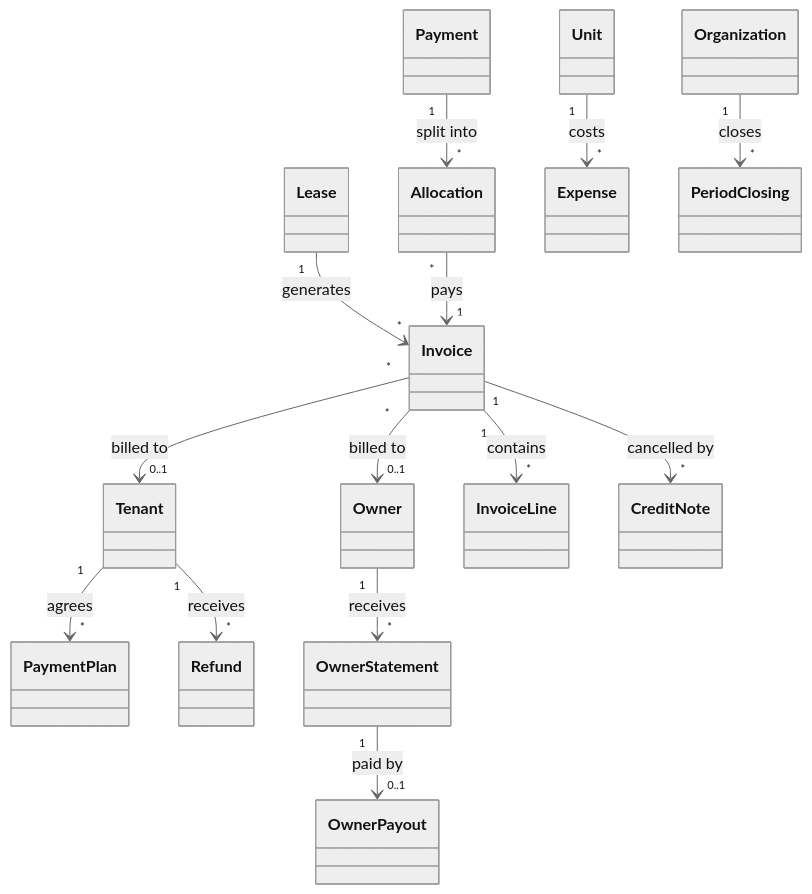
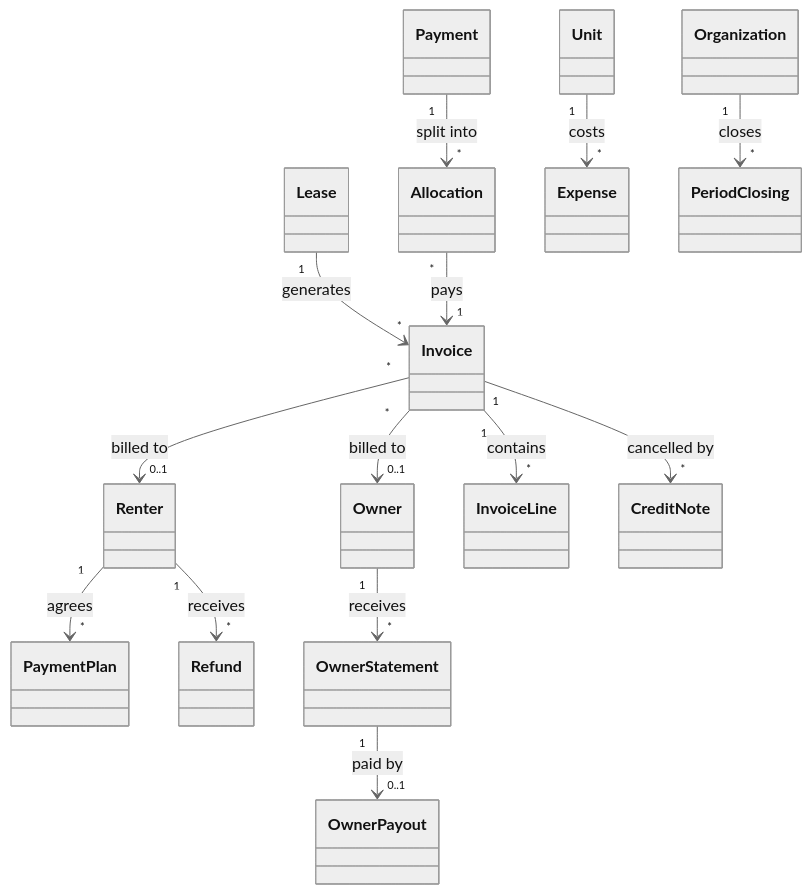
Diagram 16 of 22 in docs/phase-1/model/01-uml-diagrams.md (hamzAmbarki2/ERP), drawn with Mermaid (neutral theme) before and after one commit. The commit also changed other lines of this file and 7 other files, not shown here.

First line of the commit message:
Rename Tenant (the person who rents) to Renter; tenant means organization

````diff
--- a/docs/phase-1/model/01-uml-diagrams.md
+++ b/docs/phase-1/model/01-uml-diagrams.md
@@ -1151,33 +1150,33 @@
 ``` mermaid
 classDiagram
     class Organization
     class Lease
-    class Tenant
+    class Renter
     class Owner
     class Unit
     class Invoice
     class InvoiceLine
     class CreditNote
     class Payment
     class Allocation
     class PaymentPlan
     class Refund
     class Expense
     class OwnerStatement
     class OwnerPayout
     class PeriodClosing
 
     Lease "1" --> "*" Invoice : generates
-    Invoice "*" --> "0..1" Tenant : billed to
+    Invoice "*" --> "0..1" Renter : billed to
     Invoice "*" --> "0..1" Owner : billed to
     Invoice "1" --> "*" InvoiceLine : contains
     Invoice "1" --> "*" CreditNote : cancelled by
     Payment "1" --> "*" Allocation : split into
     Allocation "*" --> "1" Invoice : pays
-    Tenant "1" --> "*" PaymentPlan : agrees
-    Tenant "1" --> "*" Refund : receives
+    Renter "1" --> "*" PaymentPlan : agrees
+    Renter "1" --> "*" Refund : receives
     Unit "1" --> "*" Expense : costs
     Owner "1" --> "*" OwnerStatement : receives
     OwnerStatement "1" --> "0..1" OwnerPayout : paid by
     Organization "1" --> "*" PeriodClosing : closes
 ```
````
